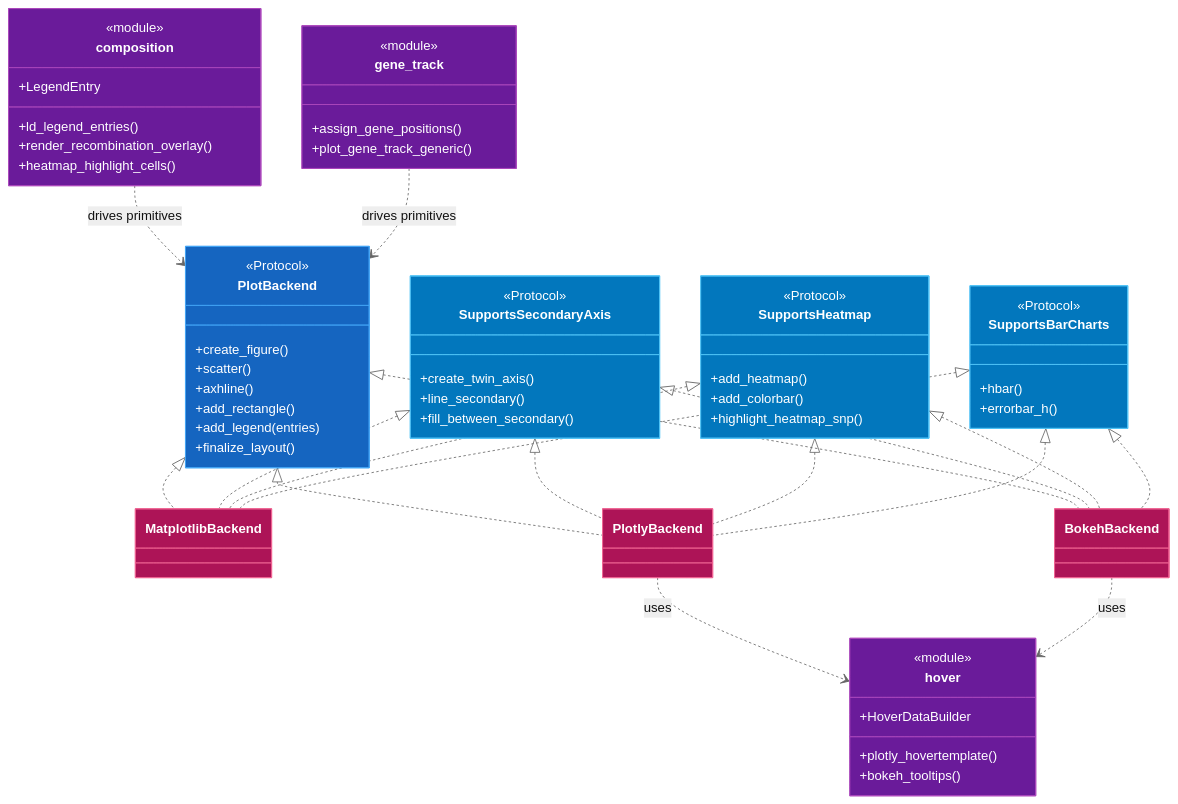
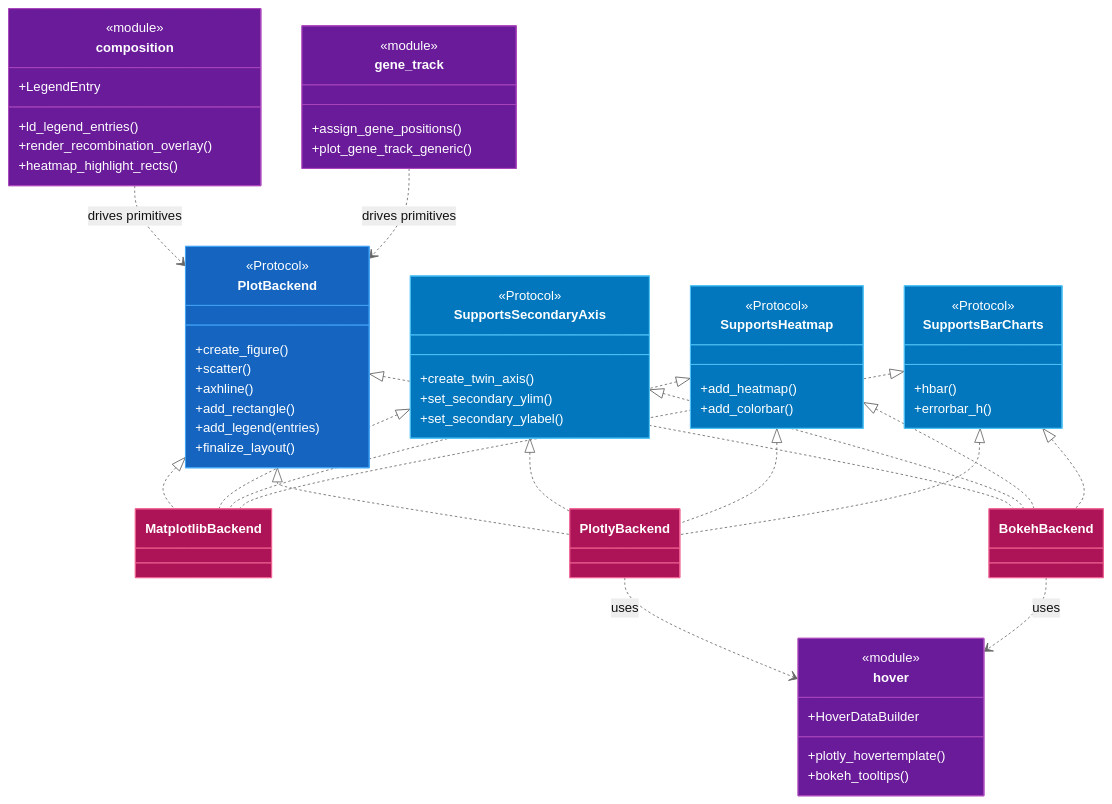
Before and after one commit to michael-denyer/pyLocusZoom: the third of 3 diagrams in docs/CODEMAP.md, drawn with Mermaid (neutral theme). The commit also changed other lines of this file and 35 other files, not shown here.

````diff
--- a/docs/CODEMAP.md
+++ b/docs/CODEMAP.md
@@ -352,78 +352,77 @@
 ```mermaid
 classDiagram
     class PlotBackend {
         <<Protocol>>
         +create_figure()
         +scatter()
         +axhline()
         +add_rectangle()
         +add_legend(entries)
         +finalize_layout()
     }
     class SupportsSecondaryAxis {
         <<Protocol>>
         +create_twin_axis()
-        +line_secondary()
-        +fill_between_secondary()
+        +set_secondary_ylim()
+        +set_secondary_ylabel()
     }
     class SupportsHeatmap {
         <<Protocol>>
         +add_heatmap()
         +add_colorbar()
-        +highlight_heatmap_snp()
     }
     class SupportsBarCharts {
         <<Protocol>>
         +hbar()
         +errorbar_h()
     }
     class composition {
         <<module>>
         +LegendEntry
         +ld_legend_entries()
         +render_recombination_overlay()
-        +heatmap_highlight_cells()
+        +heatmap_highlight_rects()
     }
     class hover {
         <<module>>
         +HoverDataBuilder
         +plotly_hovertemplate()
         +bokeh_tooltips()
     }
     class gene_track {
         <<module>>
         +assign_gene_positions()
         +plot_gene_track_generic()
     }
     class MatplotlibBackend
     class PlotlyBackend
     class BokehBackend
 
     PlotBackend <|.. MatplotlibBackend
     PlotBackend <|.. PlotlyBackend
     PlotBackend <|.. BokehBackend
     SupportsSecondaryAxis <|.. MatplotlibBackend
     SupportsSecondaryAxis <|.. PlotlyBackend
     SupportsSecondaryAxis <|.. BokehBackend
     SupportsHeatmap <|.. MatplotlibBackend
     SupportsHeatmap <|.. PlotlyBackend
     SupportsHeatmap <|.. BokehBackend
     SupportsBarCharts <|.. MatplotlibBackend
     SupportsBarCharts <|.. PlotlyBackend
     SupportsBarCharts <|.. BokehBackend
     composition ..> PlotBackend : drives primitives
     gene_track ..> PlotBackend : drives primitives
     PlotlyBackend ..> hover : uses
     BokehBackend ..> hover : uses
 
     style PlotBackend fill:#1565c0,stroke:#42a5f5,color:#ffffff
     style SupportsSecondaryAxis fill:#0277bd,stroke:#4fc3f7,color:#ffffff
     style SupportsHeatmap fill:#0277bd,stroke:#4fc3f7,color:#ffffff
     style SupportsBarCharts fill:#0277bd,stroke:#4fc3f7,color:#ffffff
     style MatplotlibBackend fill:#ad1457,stroke:#f06292,color:#ffffff
     style PlotlyBackend fill:#ad1457,stroke:#f06292,color:#ffffff
     style BokehBackend fill:#ad1457,stroke:#f06292,color:#ffffff
     style composition fill:#6a1b9a,stroke:#ab47bc,color:#ffffff
     style hover fill:#6a1b9a,stroke:#ab47bc,color:#ffffff
     style gene_track fill:#6a1b9a,stroke:#ab47bc,color:#ffffff
 ```
````
